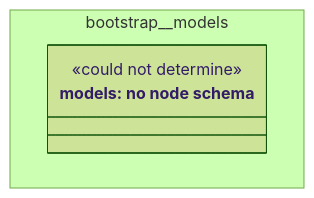
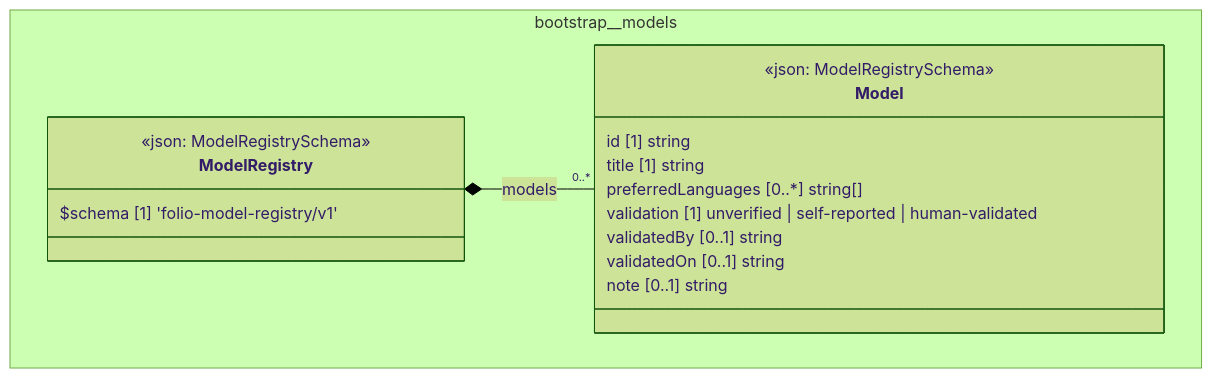
One commit to litlfred/folio-assistant changed the diagram in cat-harness/docs/uml/overview/bootstrap/models.md. Above: the diagram before and after it, drawn with Mermaid (forest theme). The commit also changed other lines of this file and 220 other files, not shown here.

First line of the commit message:
quda: register node schemas for the graph kinds that had none

````diff
--- a/cat-harness/docs/uml/overview/bootstrap/models.md
+++ b/cat-harness/docs/uml/overview/bootstrap/models.md
@@ -12,11 +12,23 @@
 ```mermaid
 classDiagram
   direction TB
   namespace bootstrap__models {
-    class n_bootstrap_models_models["models: no node schema"] {
-      <<could not determine>>
+    class bootstrap_models_Model["Model"] {
+      <<json: ModelRegistrySchema>>
+      id [1] string
+      title [1] string
+      preferredLanguages [0..*] string[]
+      validation [1] unverified | self-reported | human-validated
+      validatedBy [0..1] string
+      validatedOn [0..1] string
+      note [0..1] string
+    }
+    class bootstrap_models_ModelRegistry["ModelRegistry"] {
+      <<json: ModelRegistrySchema>>
+      $schema [1] 'folio-model-registry/v1'
     }
   }
-  cssClass "n_bootstrap_models_models" fa_uml_kind_models
-  cssClass "n_bootstrap_models_models" fa_uml_undetermined
+  bootstrap_models_ModelRegistry *-- "0..*" bootstrap_models_Model : models
+  cssClass "bootstrap_models_Model" fa_uml_kind_models
+  cssClass "bootstrap_models_ModelRegistry" fa_uml_kind_models
 ```
````
